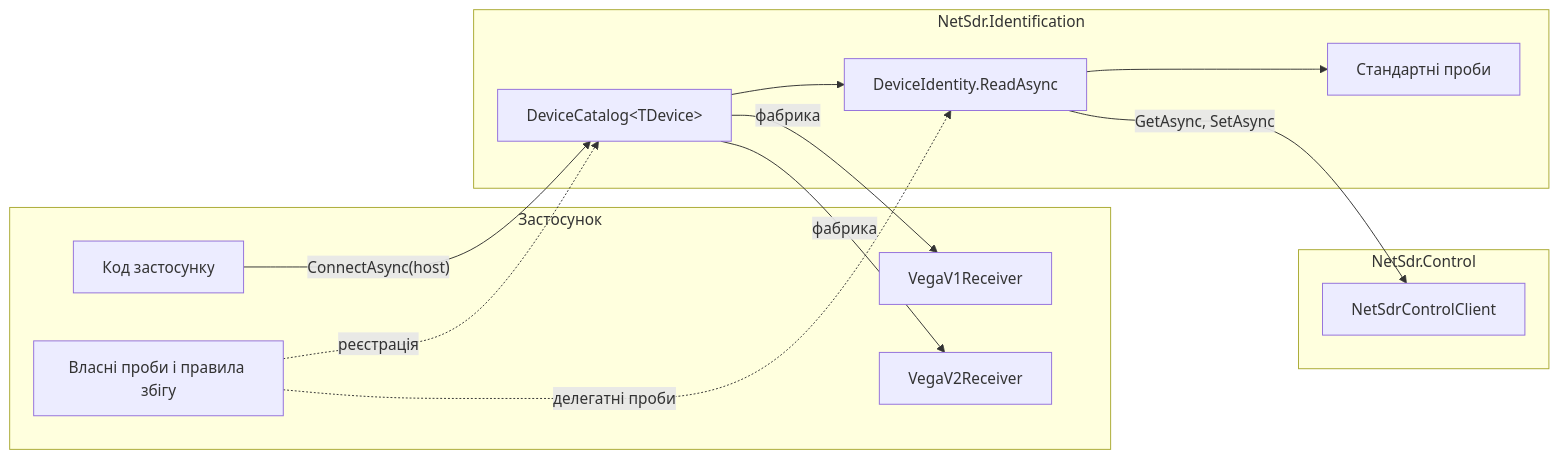
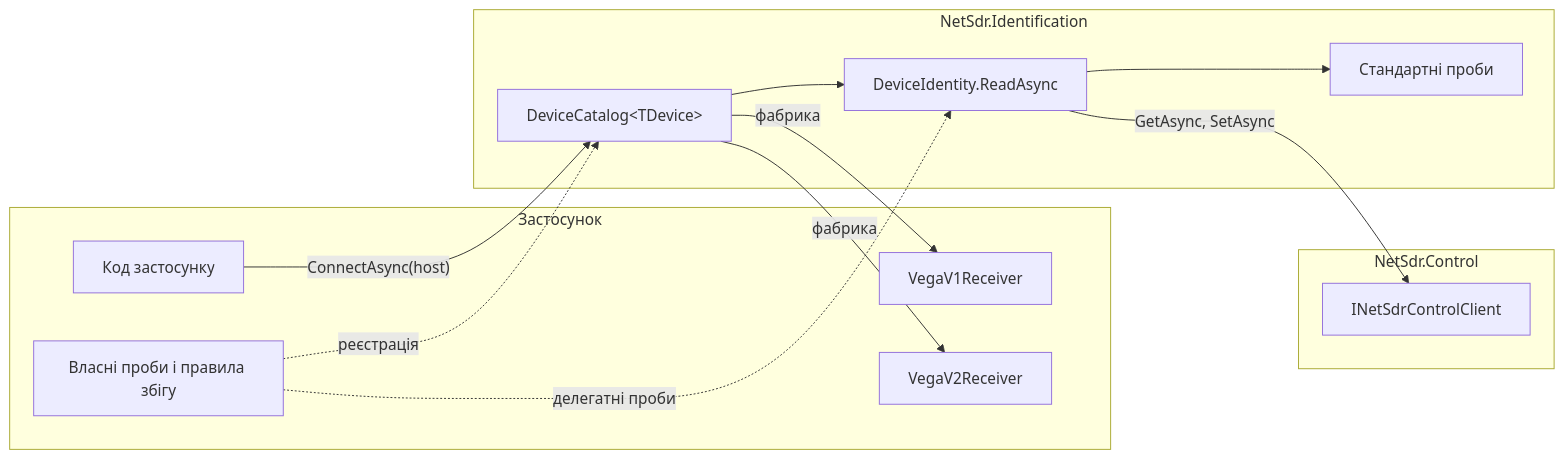
The first of 6 diagrams in docs/superpowers/specs/2026-10-02-netsdr-device-identification-design.md (vadimart92/NetSdrClient), drawn with Mermaid before and after one commit. The commit also changed other lines of this file and 4 other files, not shown here.

````diff
--- a/docs/superpowers/specs/2026-10-02-netsdr-device-identification-design.md
+++ b/docs/superpowers/specs/2026-10-02-netsdr-device-identification-design.md
@@ -37,25 +40,25 @@
 ```mermaid
 flowchart LR
     subgraph App["Застосунок"]
         A[Код застосунку]
         P[Власні проби і правила збігу]
         D1[VegaV1Receiver]
         D2[VegaV2Receiver]
     end
     subgraph Ident["NetSdr.Identification"]
-        CAT["DeviceCatalog&lt;TDevice&gt;"]
+        CAT["DeviceCatalog#lt;TDevice#gt;"]
         ID["DeviceIdentity.ReadAsync"]
         PR[Стандартні проби]
         CAT --> ID
         ID --> PR
     end
     subgraph Core["NetSdr.Control"]
-        CC[NetSdrControlClient]
+        CC[INetSdrControlClient]
     end
     A -->|"ConnectAsync(host)"| CAT
     P -.->|реєстрація| CAT
     ID -->|GetAsync, SetAsync| CC
     P -.->|делегатні проби| ID
     CAT -->|фабрика| D1
     CAT -->|фабрика| D2
 ```
````
